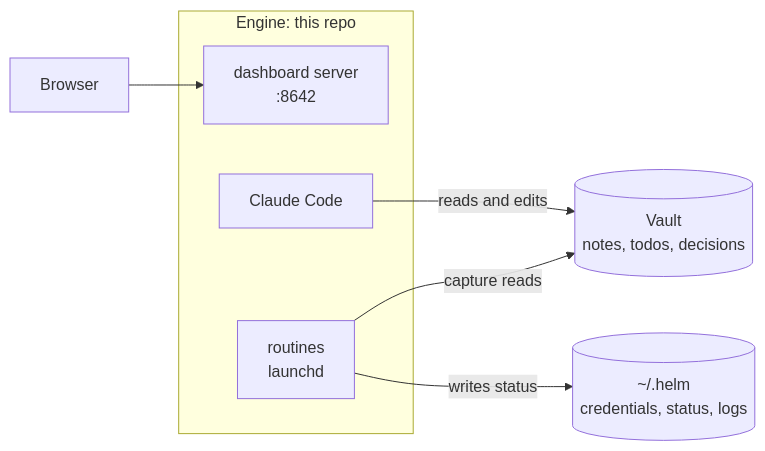
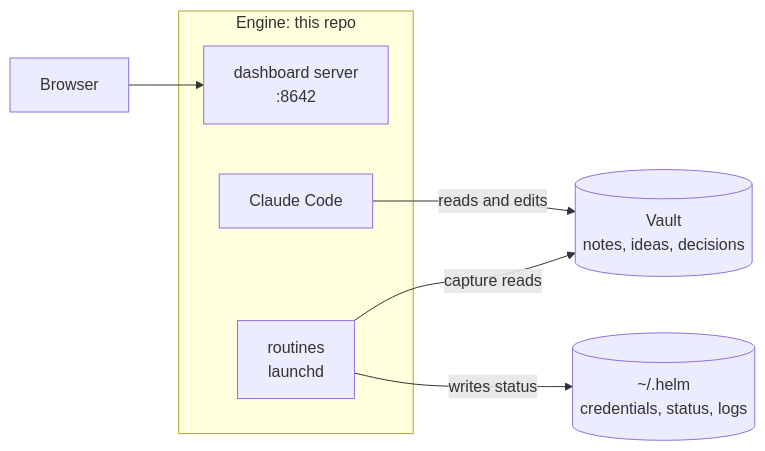
The diagram in README.md (danielgentile22/helm), drawn with Mermaid before and after one commit. The commit also changed other lines of this file and 4 other files, not shown here.

First line of the commit message:
Teach update-vault to capture ideas, and retire todos from the docs

````diff
--- a/README.md
+++ b/README.md
@@ -26,18 +26,18 @@
 ```mermaid
 flowchart LR
   D["Browser"]
 
   subgraph engine["Engine: this repo"]
     DS["dashboard server<br/>:8642"]
     R["routines<br/>launchd"]
     CC["Claude Code"]
   end
 
-  V[("Vault<br/>notes, todos, decisions")]
+  V[("Vault<br/>notes, ideas, decisions")]
   S[("~/.helm<br/>credentials, status, logs")]
 
   D --> DS
   CC -- "reads and edits" --> V
   R -- "capture reads" --> V
   R -- "writes status" --> S
 ```
````
